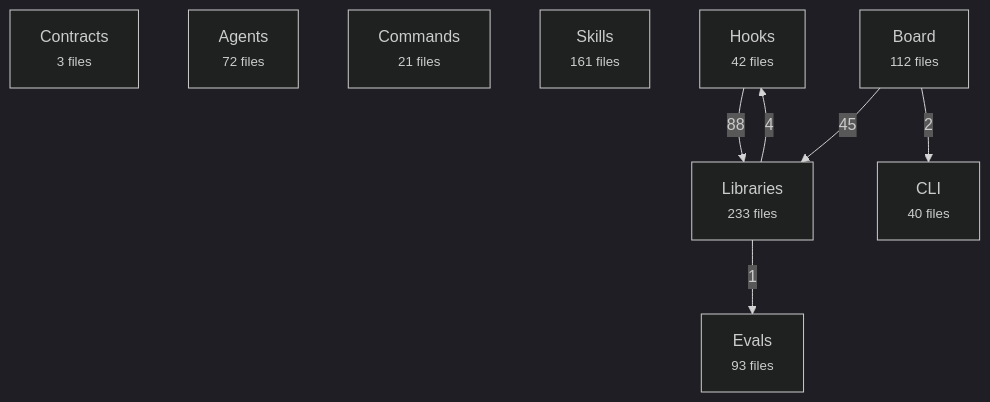
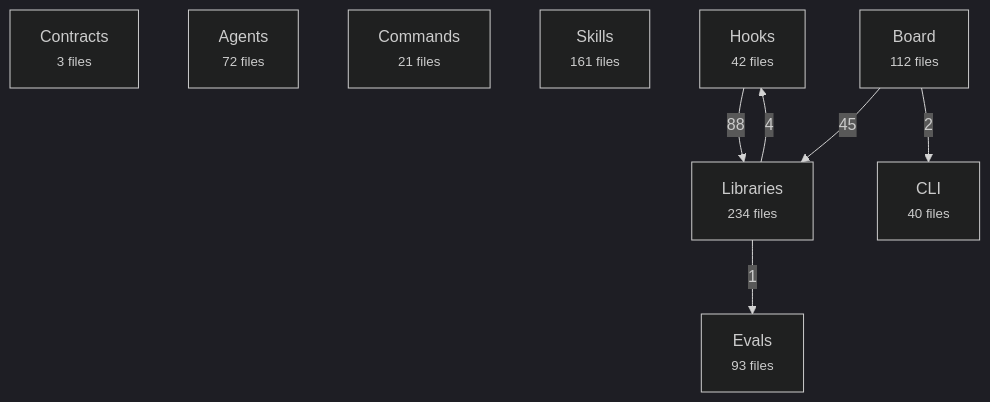
The first of 2 diagrams in docs/reference/architecture-map.md (avelikiy/great_cto), drawn with Mermaid (dark theme) before and after one commit. The commit also changed other lines of this file and 12 other files, not shown here.

````diff
--- a/docs/reference/architecture-map.md
+++ b/docs/reference/architecture-map.md
@@ -20,17 +20,17 @@
 ```mermaid
 flowchart TD
   contracts["Contracts<br/><small>3 files</small>"]
   agents["Agents<br/><small>72 files</small>"]
   commands["Commands<br/><small>21 files</small>"]
   skills["Skills<br/><small>161 files</small>"]
   hooks["Hooks<br/><small>42 files</small>"]
-  libs["Libraries<br/><small>233 files</small>"]
+  libs["Libraries<br/><small>234 files</small>"]
   board["Board<br/><small>112 files</small>"]
   cli["CLI<br/><small>40 files</small>"]
   evals["Evals<br/><small>93 files</small>"]
   hooks -->|88| libs
   board -->|45| libs
   libs -->|4| hooks
   board -->|2| cli
   libs -->|1| evals
 ```
````
